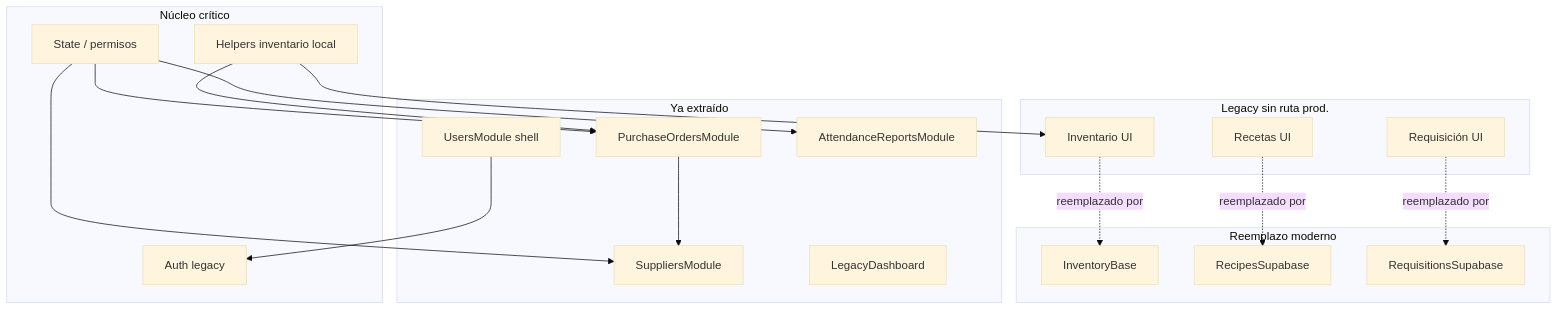
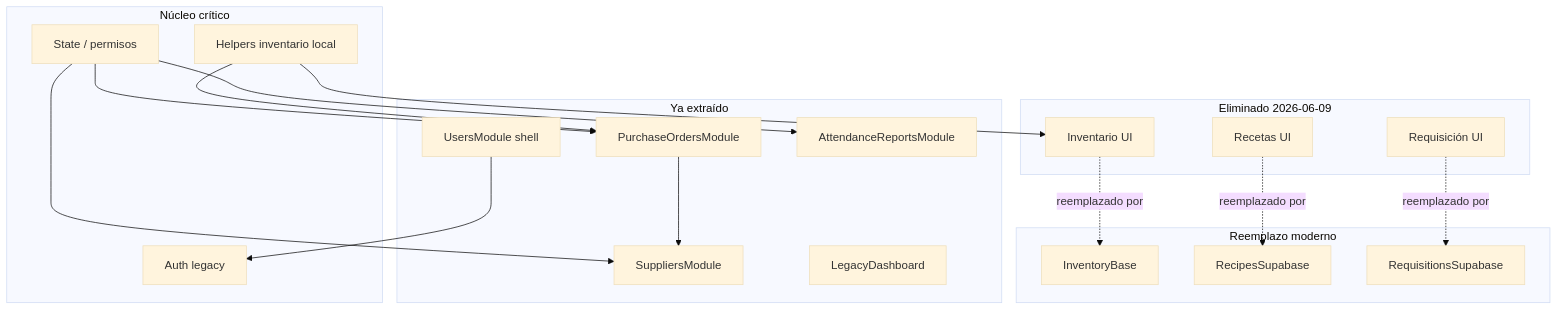
Before and after one commit to chefjuancarlosgarcia-a11y/alcazar-erp: the diagram in docs/legacy-roadmap.md, drawn with Mermaid (base theme). The commit also changed other lines of this file and 3 other files, not shown here.

````diff
--- a/docs/legacy-roadmap.md
+++ b/docs/legacy-roadmap.md
@@ -354,39 +355,39 @@
 ```mermaid
 flowchart TB
   subgraph extraido [Ya extraído]
     SUP[SuppliersModule]
     PO[PurchaseOrdersModule]
     USR[UsersModule shell]
     ATT[AttendanceReportsModule]
     LD[LegacyDashboard]
   end
 
-  subgraph muerto [Legacy sin ruta prod.]
+  subgraph muerto [Eliminado 2026-06-09]
     INV[Inventario UI]
     REC[Recetas UI]
     REQ[Requisición UI]
   end
 
   subgraph critico [Núcleo crítico]
     AUTH[Auth legacy]
     HELP[Helpers inventario local]
     CORE[State / permisos]
   end
 
   subgraph moderno [Reemplazo moderno]
     IB[InventoryBase]
     RS[RecipesSupabase]
     RQ[RequisitionsSupabase]
   end
 
   CORE --> PO
   CORE --> SUP
   CORE --> ATT
   HELP --> PO
   HELP --> INV
   INV -.->|reemplazado por| IB
   REC -.->|reemplazado por| RS
   REQ -.->|reemplazado por| RQ
   USR --> AUTH
   PO --> SUP
 ```
````
